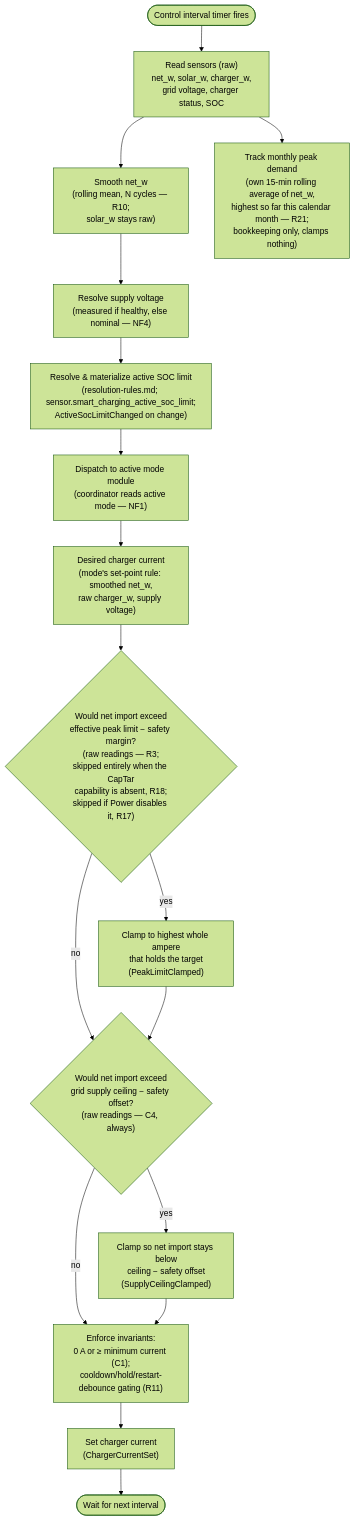
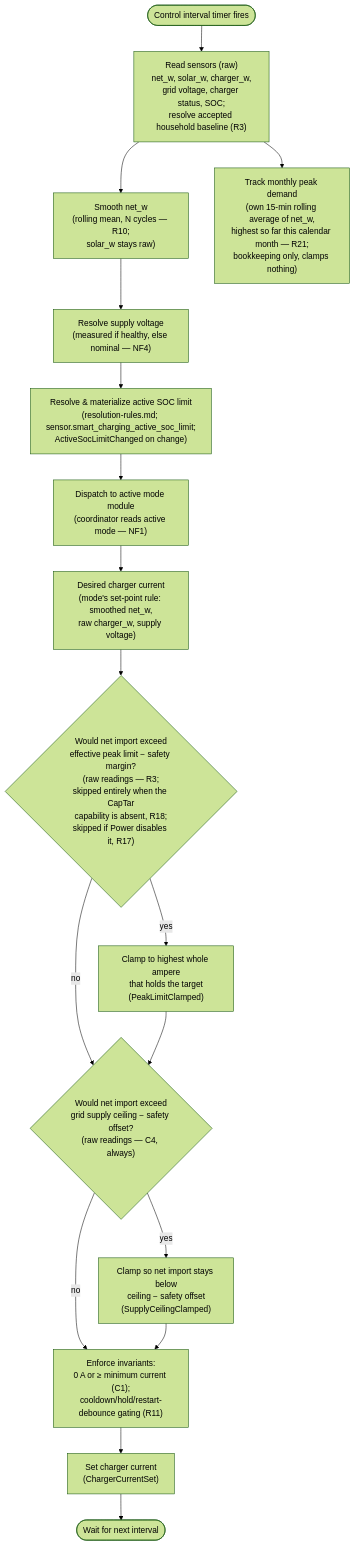
Before and after one commit to kristofdegrave/homeassistant-smart-charging: the diagram in docs/analysis/control-cycle.md, drawn with Mermaid (forest theme). The commit also changed other lines of this file and 2 other files, not shown here.

````diff
--- a/docs/analysis/control-cycle.md
+++ b/docs/analysis/control-cycle.md
@@ -63,19 +67,19 @@
 ```mermaid
 flowchart TD
-    Timer(["Control interval timer fires"]) --> Read["Read sensors (raw)<br/>net_w, solar_w, charger_w,<br/>grid voltage, charger status, SOC"]
+    Timer(["Control interval timer fires"]) --> Read["Read sensors (raw)<br/>net_w, solar_w, charger_w,<br/>grid voltage, charger status, SOC;<br/>resolve accepted household baseline (R3)"]
     Read --> Smooth["Smooth net_w<br/>(rolling mean, N cycles — R10;<br/>solar_w stays raw)"]
     Read --> PeakTrack["Track monthly peak demand<br/>(own 15-min rolling average of net_w,<br/>highest so far this calendar month — R21;<br/>bookkeeping only, clamps nothing)"]
     Smooth --> Volt["Resolve supply voltage<br/>(measured if healthy, else nominal — NF4)"]
     Volt --> SocLimit["Resolve & materialize active SOC limit<br/>(resolution-rules.md; sensor.smart_charging_active_soc_limit;<br/>ActiveSocLimitChanged on change)"]
     SocLimit --> Dispatch["Dispatch to active mode module<br/>(coordinator reads active mode — NF1)"]
     Dispatch --> Desired["Desired charger current<br/>(mode's set-point rule: smoothed net_w,<br/>raw charger_w, supply voltage)"]
     Desired --> Peak{"Would net import exceed<br/>effective peak limit − safety margin?<br/>(raw readings — R3;<br/>skipped entirely when the CapTar<br/>capability is absent, R18;<br/>skipped if Power disables it, R17)"}
     Peak -->|yes| Clamp["Clamp to highest whole ampere<br/>that holds the target<br/>(PeakLimitClamped)"]
     Peak -->|no| Ceiling
     Clamp --> Ceiling{"Would net import exceed<br/>grid supply ceiling − safety offset?<br/>(raw readings — C4, always)"}
     Ceiling -->|yes| CeilingClamp["Clamp so net import stays below<br/>ceiling − safety offset<br/>(SupplyCeilingClamped)"]
     Ceiling -->|no| Invariant
     CeilingClamp --> Invariant["Enforce invariants:<br/>0 A or ≥ minimum current (C1);<br/>cooldown/hold/restart-debounce gating (R11)"]
     Invariant --> Set["Set charger current<br/>(ChargerCurrentSet)"]
     Set --> Wait(["Wait for next interval"])
 ```
````
